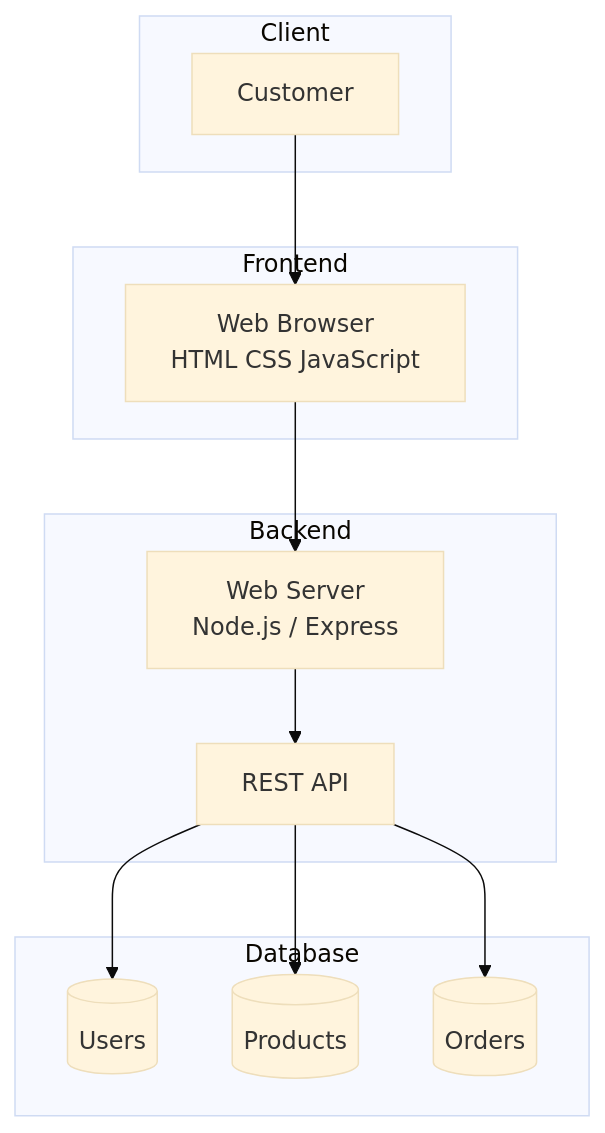
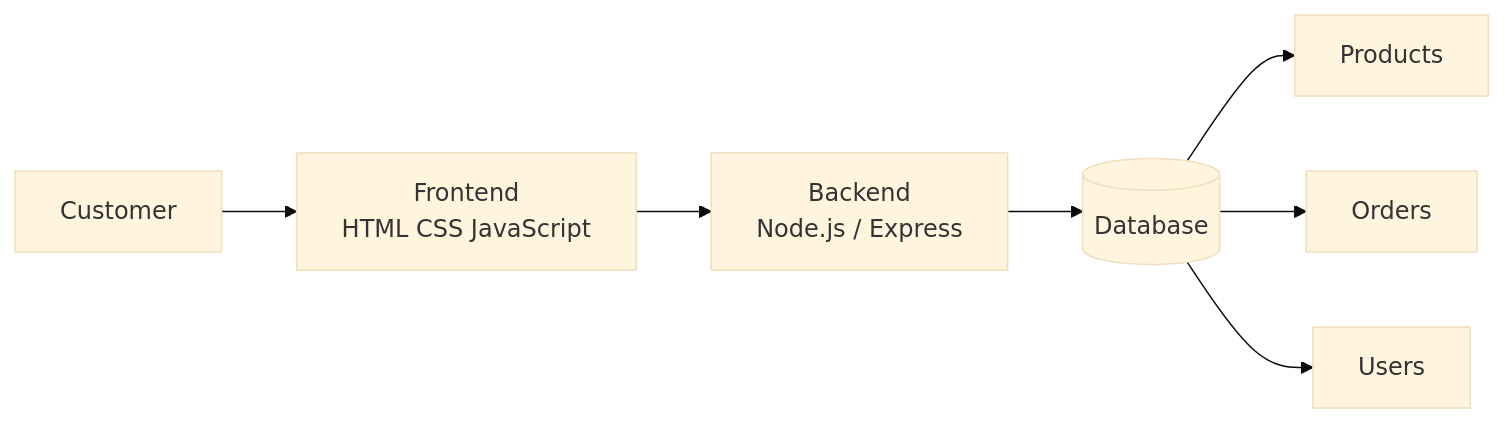
Before and after one commit to w0rxph0nx-sos/PrimePC: the diagram in README.md, drawn with Mermaid (base theme). The commit also changed other lines of this file, not shown here.

````diff
--- a/README.md
+++ b/README.md
@@ -5,30 +29,20 @@
 ```mermaid
-flowchart TB
+flowchart LR
 
-subgraph Client
-    A[Customer]
-end
+A[Customer]
+B[Frontend<br>HTML CSS JavaScript]
+C[Backend<br>Node.js / Express]
+D[(Database)]
 
-subgraph Frontend
-    B[Web Browser<br/>HTML CSS JavaScript]
-end
-
-subgraph Backend
-    C[Web Server<br/>Node.js / Express]
-    D[REST API]
-end
-
-subgraph Database
-    E[(Users)]
-    F[(Products)]
-    G[(Orders)]
-end
+E[Products]
+F[Orders]
+G[Users]
 
 A --> B
 B --> C
 C --> D
 
 D --> E
 D --> F
 D --> G
 ```
````
